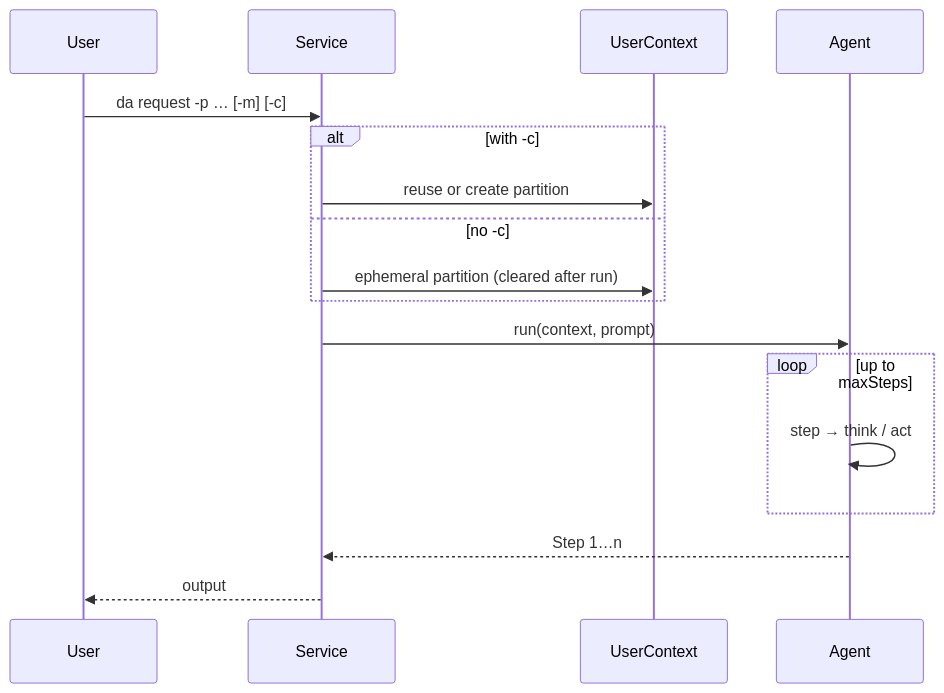
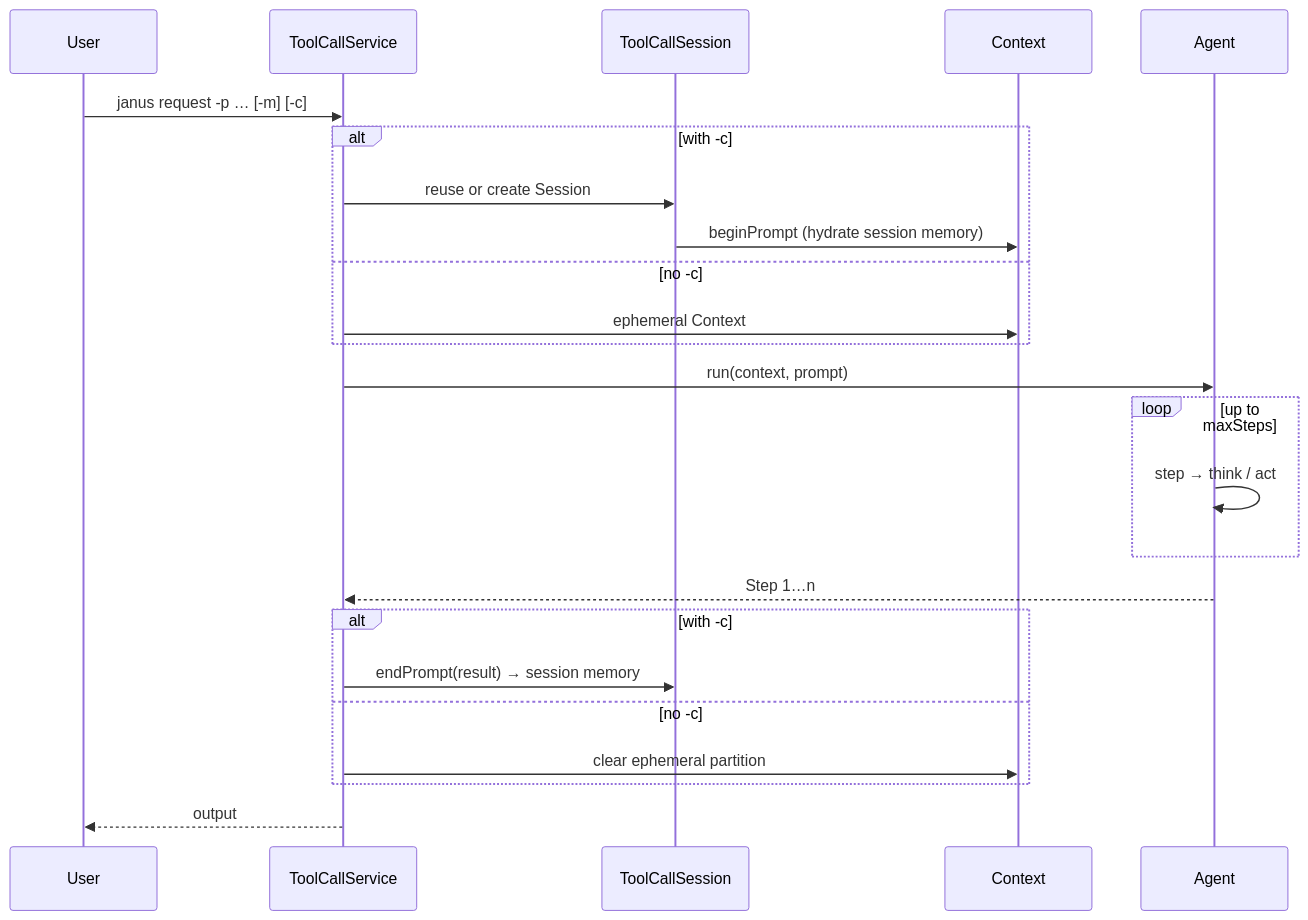
The diagram in shell/docs/SHELL.en.md (jixie-wish/Janus), drawn with Mermaid before and after one commit. The commit also changed other lines of this file and 26 other files, not shown here.

Commit message:
support both session and context

````diff
--- a/shell/docs/SHELL.en.md
+++ b/shell/docs/SHELL.en.md
@@ -54,20 +54,27 @@
 ```mermaid
 sequenceDiagram
     participant U as User
-    participant SVC as Service
-    participant CTX as UserContext
+    participant SVC as ToolCallService
+    participant SES as ToolCallSession
+    participant CTX as Context
     participant AG as Agent
 
-    U->>SVC: da request -p … [-m] [-c]
+    U->>SVC: janus request -p … [-m] [-c]
     alt with -c
-        SVC->>CTX: reuse or create partition
+        SVC->>SES: reuse or create Session
+        SES->>CTX: beginPrompt (hydrate session memory)
     else no -c
-        SVC->>CTX: ephemeral partition (cleared after run)
+        SVC->>CTX: ephemeral Context
     end
     SVC->>AG: run(context, prompt)
     loop up to maxSteps
         AG->>AG: step → think / act
     end
     AG-->>SVC: Step 1…n
+    alt with -c
+        SVC->>SES: endPrompt(result) → session memory
+    else no -c
+        SVC->>CTX: clear ephemeral partition
+    end
     SVC-->>U: output
 ```
````
